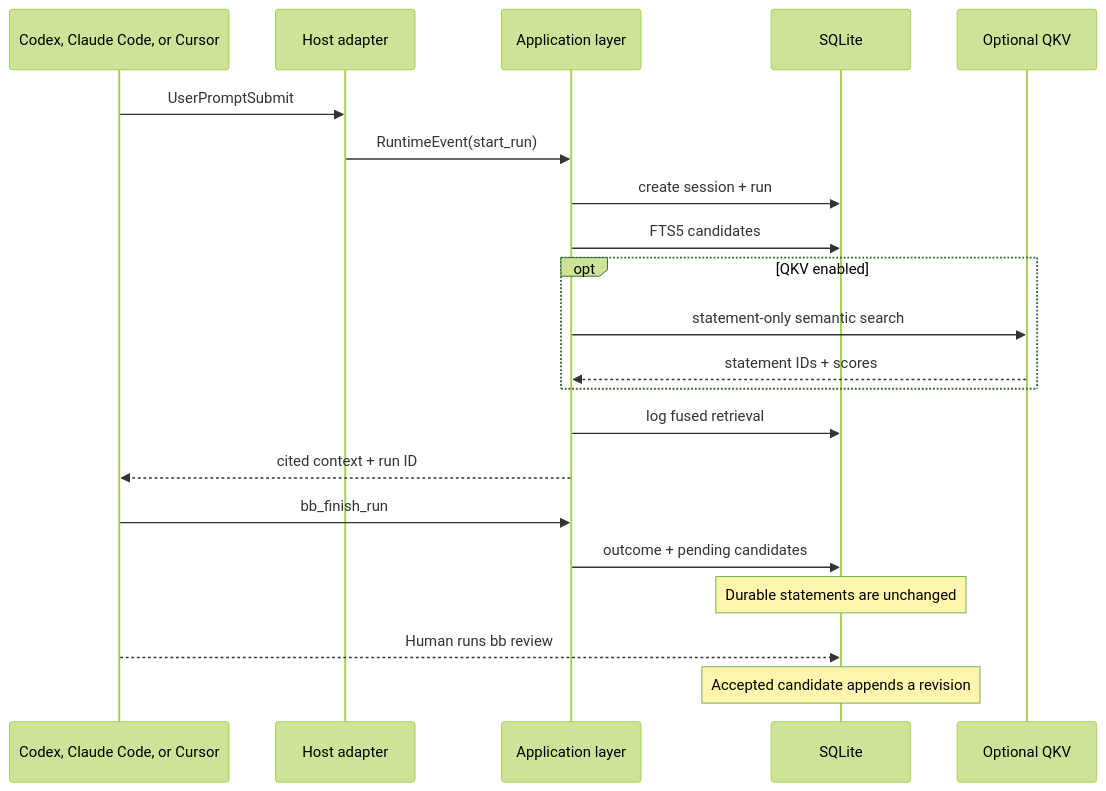
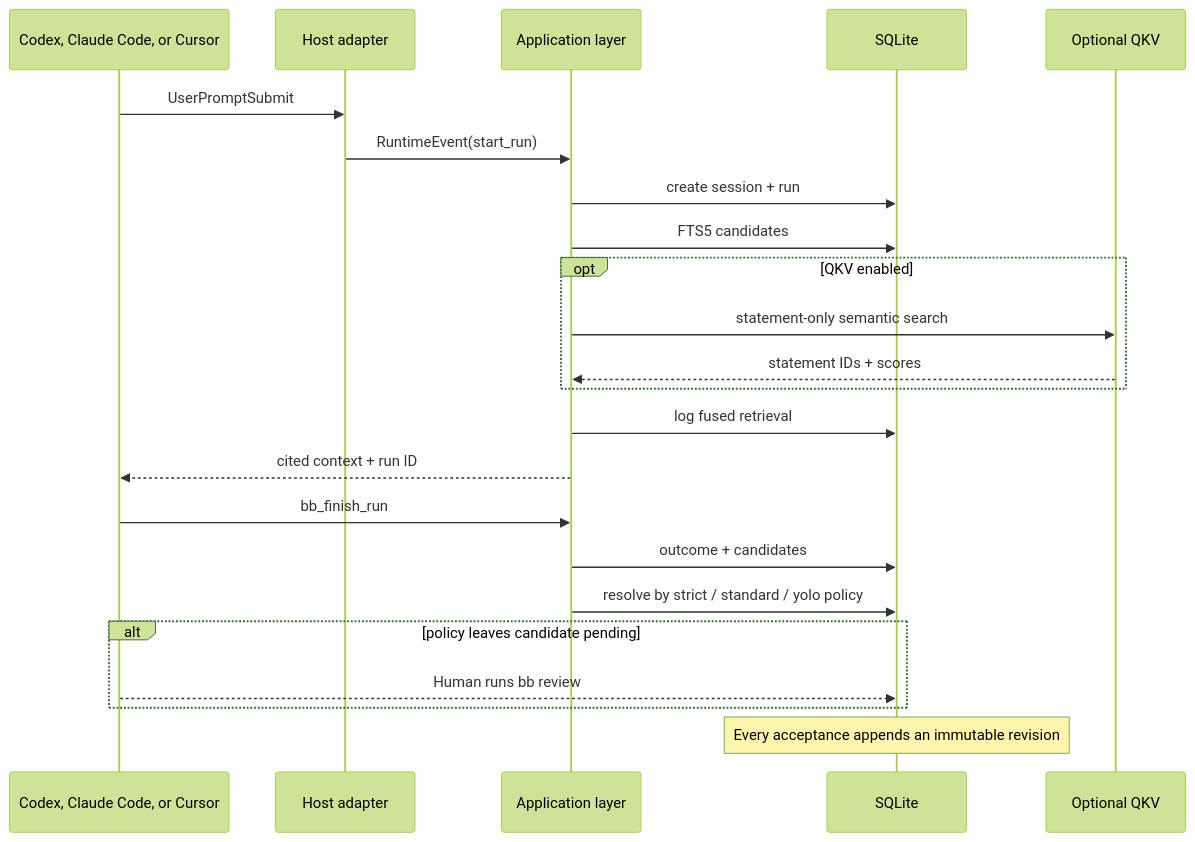
The second of 2 diagrams in docs/ARCHITECTURE.md (BreadBowlAI/bb-code), drawn with Mermaid (forest theme) before and after one commit. The commit also changed other lines of this file and 35 other files, not shown here.

````diff
--- a/docs/ARCHITECTURE.md
+++ b/docs/ARCHITECTURE.md
@@ -91,24 +91,26 @@
 ```mermaid
 sequenceDiagram
   participant Host as Codex, Claude Code, or Cursor
   participant Adapter as Host adapter
   participant App as Application layer
   participant DB as SQLite
   participant QKV as Optional QKV
 
   Host->>Adapter: UserPromptSubmit
   Adapter->>App: RuntimeEvent(start_run)
   App->>DB: create session + run
   App->>DB: FTS5 candidates
   opt QKV enabled
     App->>QKV: statement-only semantic search
     QKV-->>App: statement IDs + scores
   end
   App->>DB: log fused retrieval
   App-->>Host: cited context + run ID
   Host->>App: bb_finish_run
-  App->>DB: outcome + pending candidates
-  Note over DB: Durable statements are unchanged
-  Host-->>DB: Human runs bb review
-  Note over DB: Accepted candidate appends a revision
+  App->>DB: outcome + candidates
+  App->>DB: resolve by strict / standard / yolo policy
+  alt policy leaves candidate pending
+    Host-->>DB: Human runs bb review
+  end
+  Note over DB: Every acceptance appends an immutable revision
 ```
````
